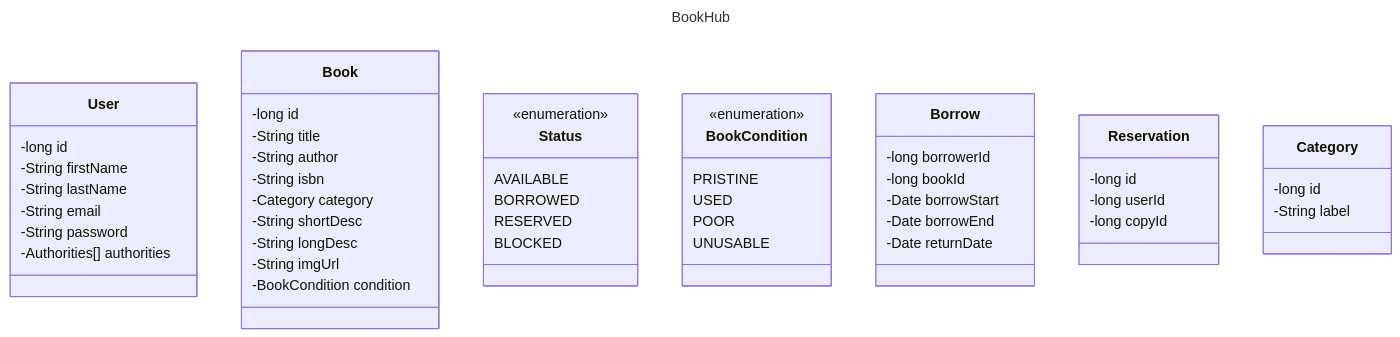
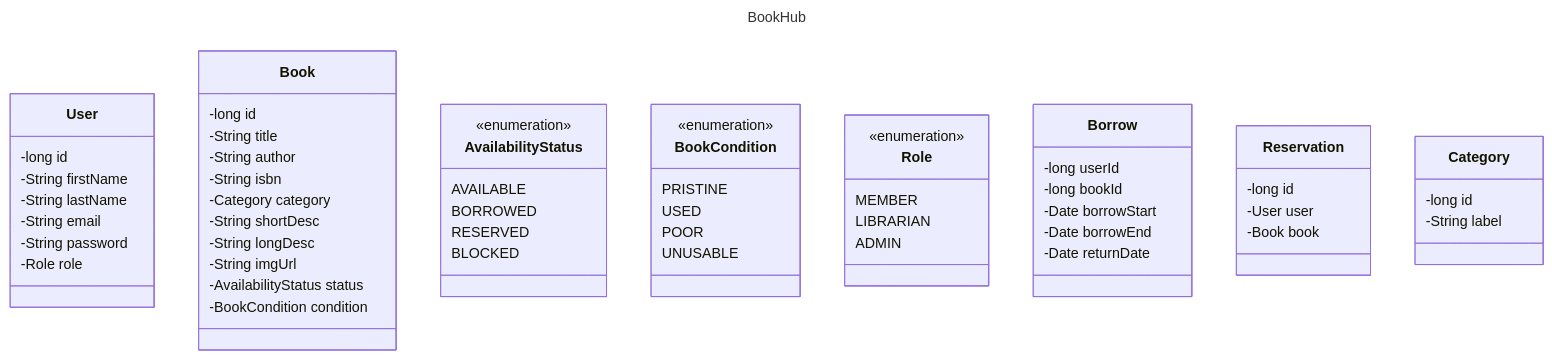
Before and after one commit to Federico2235/TP-BookHub-Back: the diagram in Doc/Classes.mmd, drawn with Mermaid. The commit also changed 10 other files, not shown here.

```diff
--- a/Doc/Classes.mmd
+++ b/Doc/Classes.mmd
@@ -1,54 +1,60 @@
 ---
 title: BookHub
 ---
 classDiagram
-
     class User {
         -long id
         -String firstName
         -String lastName
         -String email
         -String password
-        -Authorities[] authorities
+        -Role role
     }
     class Book {
         -long id
         -String title
         -String author
         -String isbn
         -Category category
         -String shortDesc
         -String longDesc
         -String imgUrl
+        -AvailabilityStatus status
         -BookCondition condition
     }
-    class Status {
+    class AvailabilityStatus {
         <<enumeration>>
         AVAILABLE
         BORROWED
         RESERVED
         BLOCKED
     }
     class BookCondition {
         <<enumeration>>
         PRISTINE
         USED
         POOR
         UNUSABLE
     }
+    class Role {
+        <<enumeration>>
+        MEMBER
+        LIBRARIAN
+        ADMIN
+    }
     class Borrow {
-        -long borrowerId
+        -long userId
         -long bookId
         -Date borrowStart
         -Date borrowEnd
         -Date returnDate
     }
     class Reservation {
         -long id
-        -long userId
-        -long copyId
+        -User user
+        -Book book
     }
     class Category {
         -long id
         -String label
     }
```
